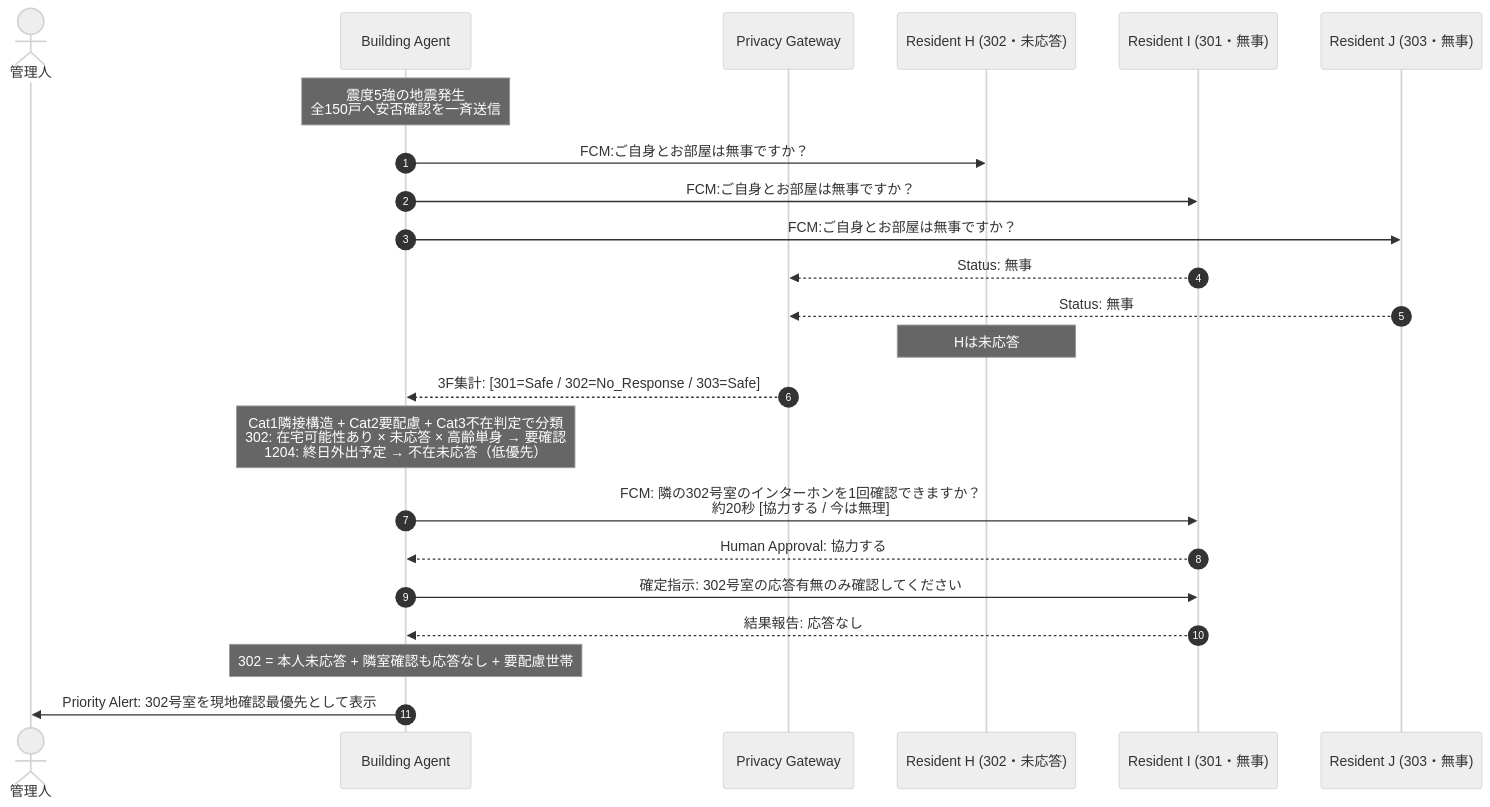
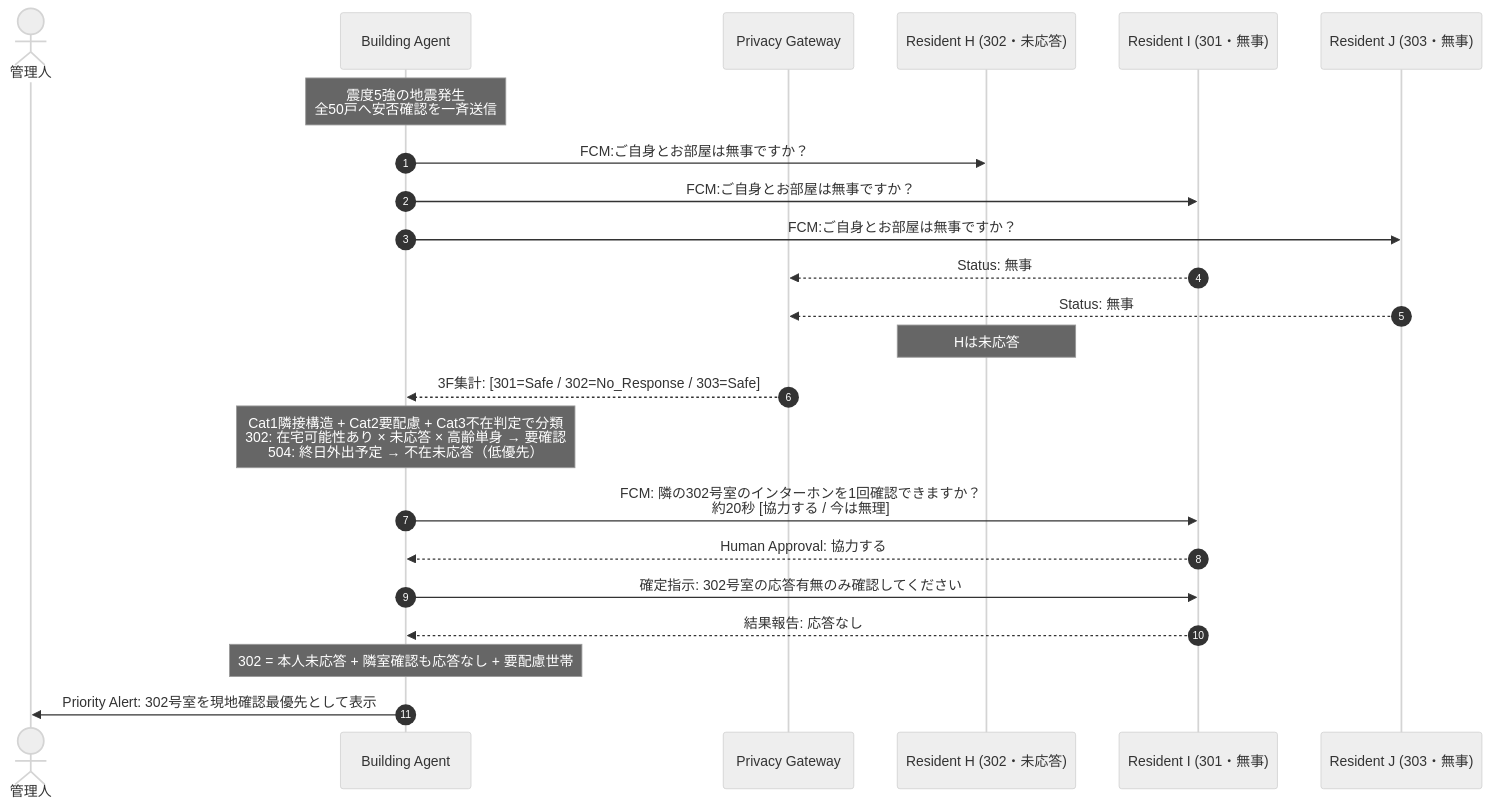
One commit to akakura-hackathon/zashikiwarashi changed the sixth of 7 diagrams in docs/DESIGN.md. Above: the diagram before and after it, drawn with Mermaid (neutral theme). The commit also changed other lines of this file and 18 other files, not shown here.

````diff
--- a/docs/DESIGN.md
+++ b/docs/DESIGN.md
@@ -540,32 +540,32 @@
 ```mermaid
 sequenceDiagram
   autonumber
   actor 管理人
   participant BA as Building Agent
   participant PG as Privacy Gateway
   participant RA_H as Resident H (302・未応答)
   participant RA_I as Resident I (301・無事)
   participant RA_J as Resident J (303・無事)
 
-  Note over BA: 震度5強の地震発生<br>全150戸へ安否確認を一斉送信
+  Note over BA: 震度5強の地震発生<br>全50戸へ安否確認を一斉送信
   BA->>RA_H: FCM:ご自身とお部屋は無事ですか？
   BA->>RA_I: FCM:ご自身とお部屋は無事ですか？
   BA->>RA_J: FCM:ご自身とお部屋は無事ですか？
 
   RA_I-->>PG: Status: 無事
   RA_J-->>PG: Status: 無事
   Note over RA_H: Hは未応答
 
   PG-->>BA: 3F集計: [301=Safe / 302=No_Response / 303=Safe]
 
-  Note over BA: Cat1隣接構造 + Cat2要配慮 + Cat3不在判定で分類<br>302: 在宅可能性あり × 未応答 × 高齢単身 → 要確認<br>1204: 終日外出予定 → 不在未応答（低優先）
+  Note over BA: Cat1隣接構造 + Cat2要配慮 + Cat3不在判定で分類<br>302: 在宅可能性あり × 未応答 × 高齢単身 → 要確認<br>504: 終日外出予定 → 不在未応答（低優先）
 
   BA->>RA_I: FCM: 隣の302号室のインターホンを1回確認できますか？<br>約20秒 [協力する / 今は無理]
   RA_I-->>BA: Human Approval: 協力する
 
   BA->>RA_I: 確定指示: 302号室の応答有無のみ確認してください
   RA_I-->>BA: 結果報告: 応答なし
 
   Note over BA: 302 = 本人未応答 + 隣室確認も応答なし + 要配慮世帯
   BA->>管理人: Priority Alert: 302号室を現地確認最優先として表示
 ```
````
